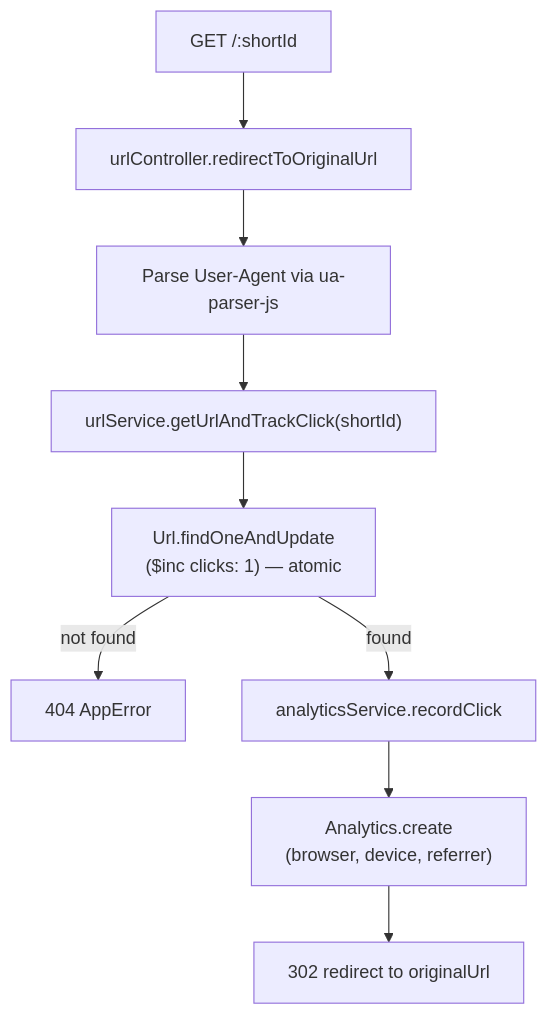
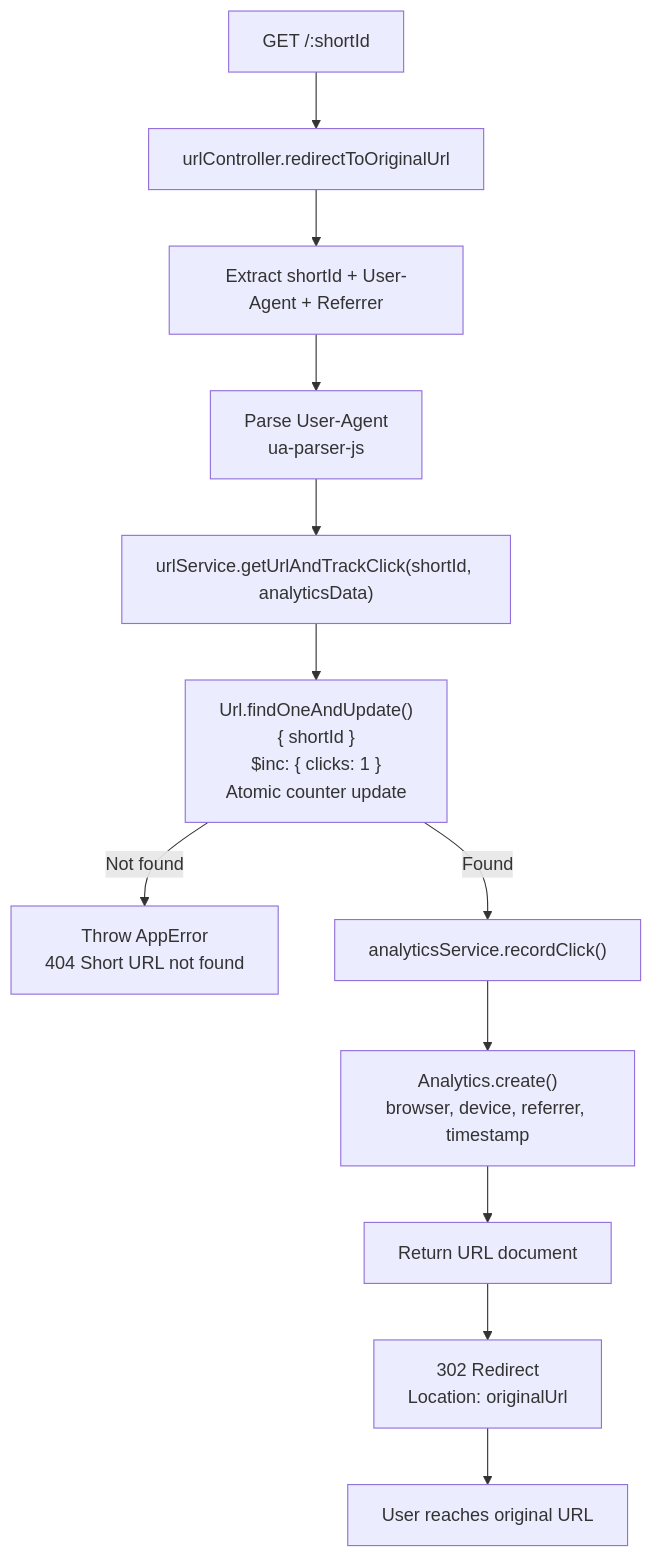
One commit to DeadlyBeast09/smartlink changed the fourth of 5 diagrams in README.md. Above: the diagram before and after it, drawn with Mermaid. The commit also changed other lines of this file, not shown here.

````diff
--- a/README.md
+++ b/README.md
@@ -180,11 +176,24 @@
 ```mermaid
 flowchart TD
-    A["GET /:shortId"] --> B[urlController.redirectToOriginalUrl]
-    B --> C[Parse User-Agent via ua-parser-js]
-    C --> D["urlService.getUrlAndTrackClick(shortId)"]
-    D --> E["Url.findOneAndUpdate\n($inc clicks: 1) — atomic"]
-    E -->|not found| F[404 AppError]
-    E -->|found| G[analyticsService.recordClick]
-    G --> H["Analytics.create\n(browser, device, referrer)"]
-    H --> I[302 redirect to originalUrl]
+    A["GET /:shortId"] --> B["urlController.redirectToOriginalUrl"]
+
+    B --> C["Extract shortId + User-Agent + Referrer"]
+
+    C --> D["Parse User-Agent<br/>ua-parser-js"]
+
+    D --> E["urlService.getUrlAndTrackClick(shortId, analyticsData)"]
+
+    E --> F["Url.findOneAndUpdate()<br/>{ shortId }<br/>$inc: { clicks: 1 }<br/>Atomic counter update"]
+
+    F -->|Not found| G["Throw AppError<br/>404 Short URL not found"]
+
+    F -->|Found| H["analyticsService.recordClick()"]
+
+    H --> I["Analytics.create()<br/>browser, device, referrer, timestamp"]
+
+    I --> J["Return URL document"]
+
+    J --> K["302 Redirect<br/>Location: originalUrl"]
+
+    K --> L["User reaches original URL"]
 ```
````
